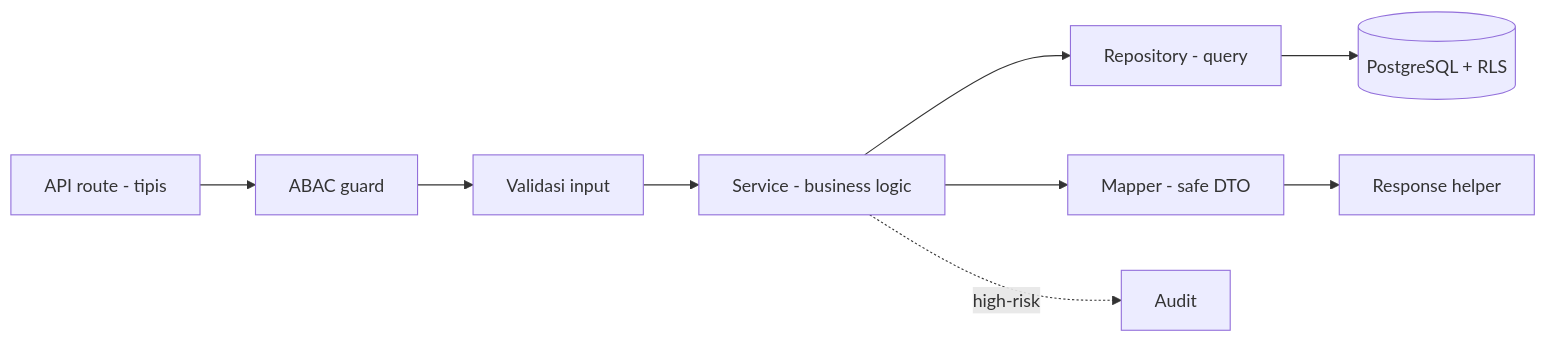
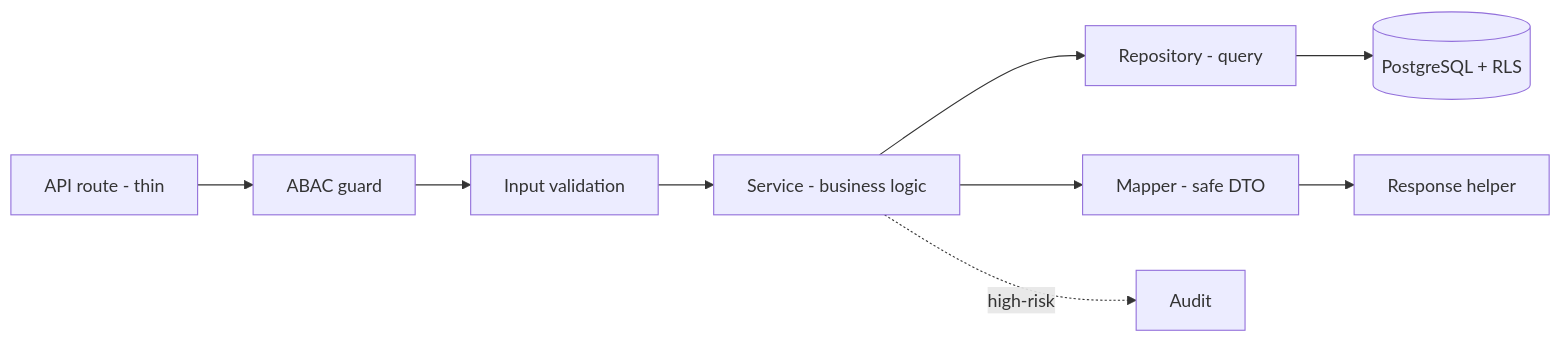
The first of 2 diagrams in docs/awcms/10_template_kode_coding_standard.md (ahliweb/awcms), drawn with Mermaid before and after one commit. The commit also changed other lines of this file and 603 other files, not shown here.

````diff
--- a/docs/awcms/10_template_kode_coding_standard.md
+++ b/docs/awcms/10_template_kode_coding_standard.md
@@ -60,11 +62,11 @@
 ```mermaid
 flowchart LR
-  R[API route - tipis] --> G[ABAC guard]
-  G --> V[Validasi input]
+  R[API route - thin] --> G[ABAC guard]
+  G --> V[Input validation]
   V --> S[Service - business logic]
   S --> Repo[Repository - query]
   Repo --> DB[(PostgreSQL + RLS)]
   S --> M[Mapper - safe DTO]
   M --> Resp[Response helper]
   S -. high-risk .-> Aud[Audit]
 ```
````
